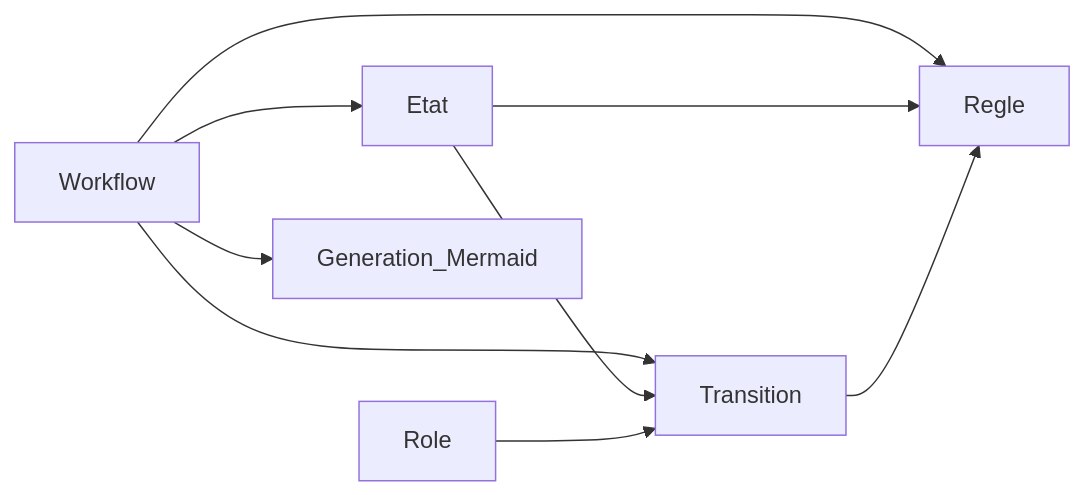
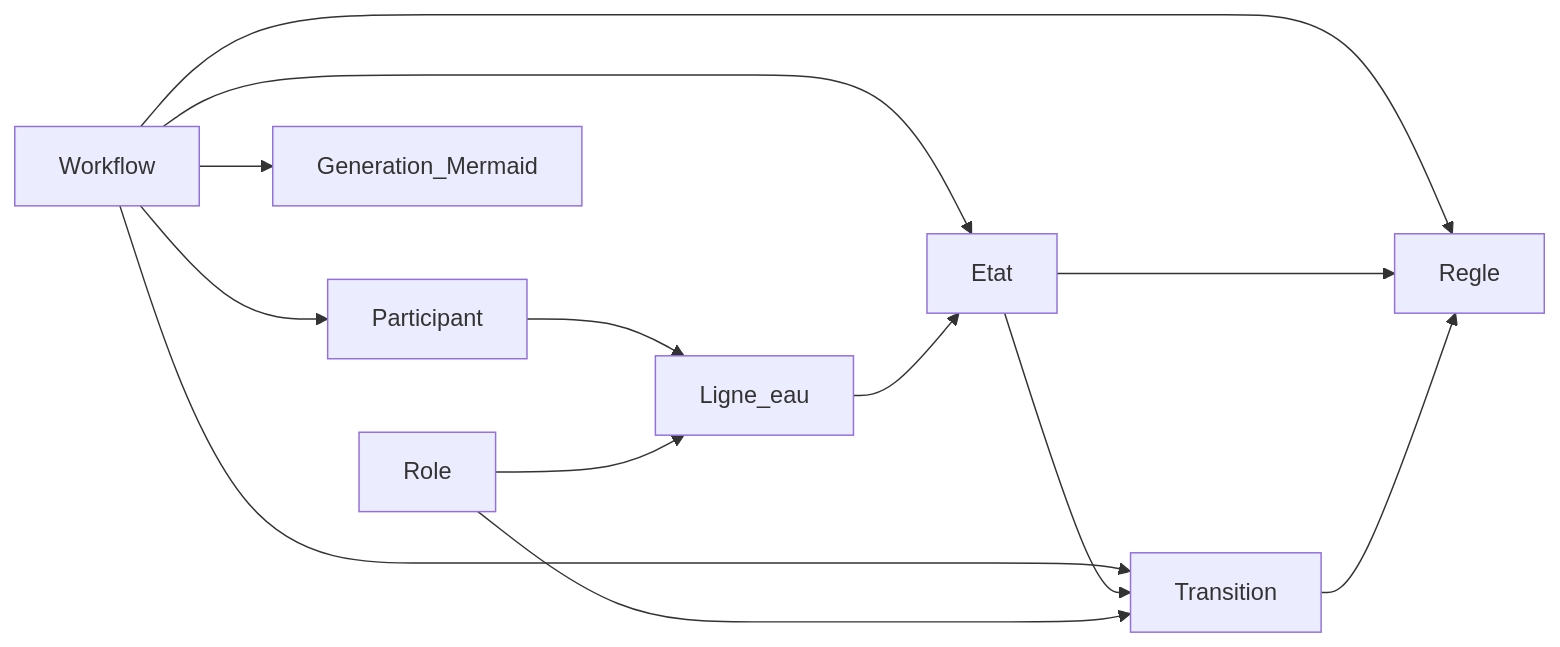
Before and after one commit to pessonnier/plan: the diagram in docs/database-structure.md, drawn with Mermaid. The commit also changed other lines of this file and 52 other files, not shown here.

````diff
--- a/docs/database-structure.md
+++ b/docs/database-structure.md
@@ -9,18 +9,24 @@
 ```mermaid
 flowchart LR
     Workflow[Workflow]
+    Participant[Participant]
+    LigneEau[Ligne_eau]
     Etat[Etat]
     Transition[Transition]
     Role[Role]
     Regle[Regle]
     Generation[Generation_Mermaid]
 
+    Workflow --> Participant
+    Participant --> LigneEau
     Workflow --> Etat
     Workflow --> Transition
     Workflow --> Regle
     Workflow --> Generation
+    LigneEau --> Etat
     Etat --> Transition
     Role --> Transition
+    Role --> LigneEau
     Etat --> Regle
     Transition --> Regle
 ```
````
